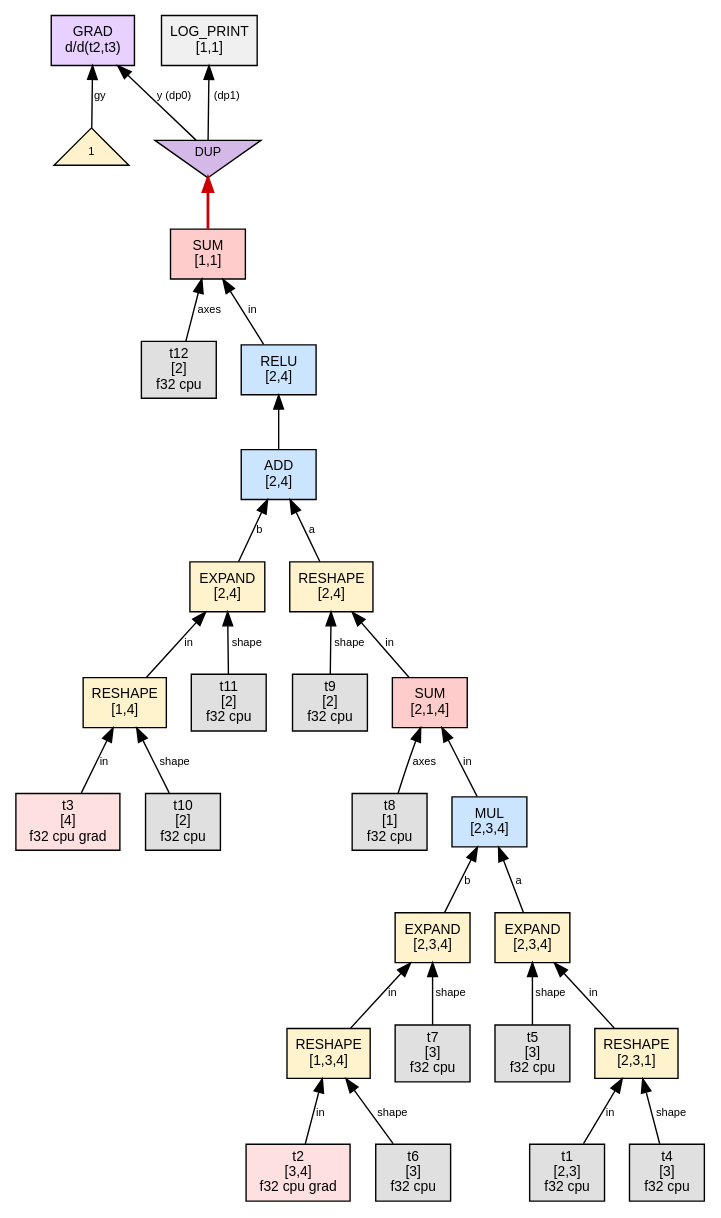
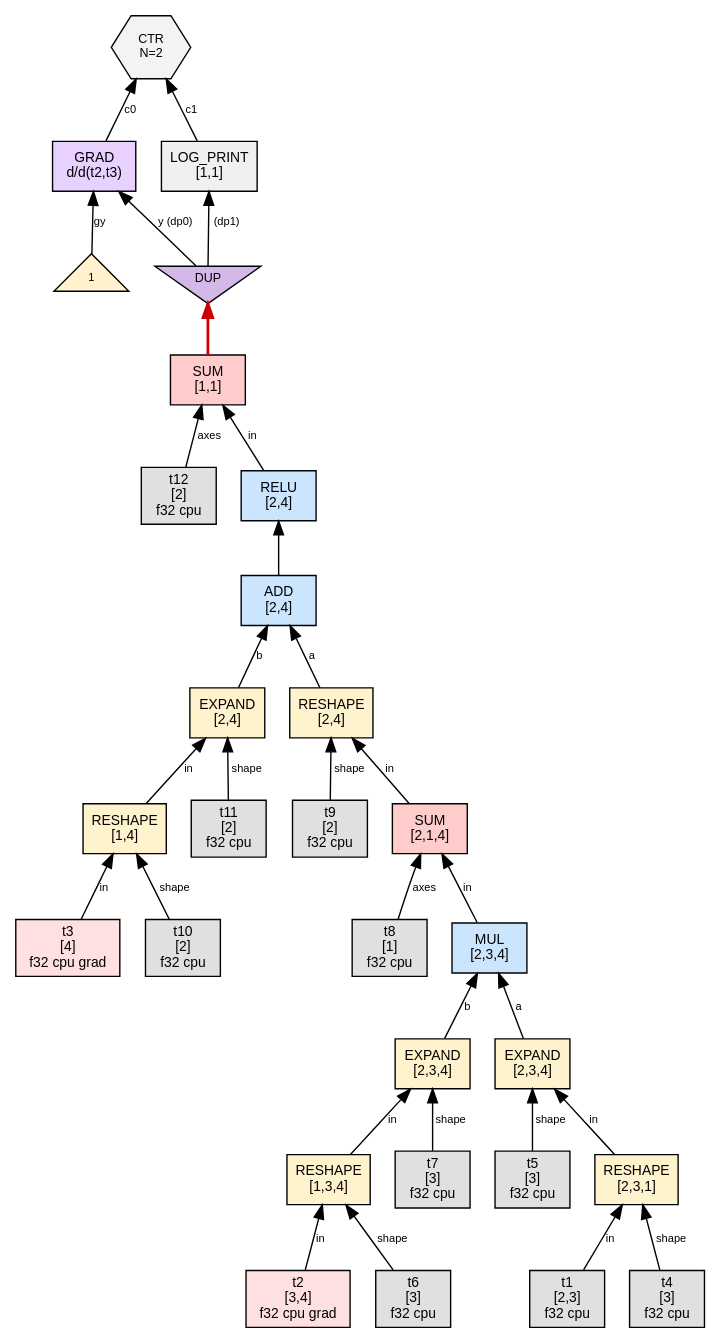
Before and after one commit to sw1sh/TinyHVM: the diagram in phase1_graphs/tiny_linear_bias/step_000_state_init.dot, drawn with Graphviz. The commit also changed 993 other files, not shown here.

First line of the commit message:
test: refresh canonical phase graph archives

```diff
--- a/phase1_graphs/tiny_linear_bias/step_000_state_init.dot
+++ b/phase1_graphs/tiny_linear_bias/step_000_state_init.dot
@@ -1,63 +1,66 @@
 digraph G {
   // PREV_INTERACTION: state_init
   // NEXT_INTERACTION: interact_DP0
   rankdir=BT;
   node [fontname="Helvetica", fontsize=10, style=filled, shape=box, margin="0.1,0.05"];
   edge [fontsize=8, fontname="Helvetica"];
 
   n1 [label="RESHAPE\n[2,3,1]", shape=box, fillcolor="#fff3cd"];
   t1 [label="t1\n[2,3]\nf32 cpu",shape=box,fillcolor="#e0e0e0"];
   t1 -> n1 [label="in"];
   t4 [label="t4\n[3]\nf32 cpu",shape=box,fillcolor="#e0e0e0"];
   t4 -> n1 [label="shape"];
   n9 [label="RESHAPE\n[1,3,4]", shape=box, fillcolor="#fff3cd"];
   t2 [label="t2\n[3,4]\nf32 cpu grad",shape=box,fillcolor="#ffe0e0"];
   t2 -> n9 [label="in"];
   t6 [label="t6\n[3]\nf32 cpu",shape=box,fillcolor="#e0e0e0"];
   t6 -> n9 [label="shape"];
   n5 [label="EXPAND\n[2,3,4]", shape=box, fillcolor="#fff3cd"];
   n1 -> n5 [label="in"];
   t5 [label="t5\n[3]\nf32 cpu",shape=box,fillcolor="#e0e0e0"];
   t5 -> n5 [label="shape"];
   n13 [label="EXPAND\n[2,3,4]", shape=box, fillcolor="#fff3cd"];
   n9 -> n13 [label="in"];
   t7 [label="t7\n[3]\nf32 cpu",shape=box,fillcolor="#e0e0e0"];
   t7 -> n13 [label="shape"];
   n17 [label="MUL\n[2,3,4]", shape=box, fillcolor="#cce5ff"];
   n5 -> n17 [label="a"];
   n13 -> n17 [label="b"];
   n21 [label="SUM\n[2,1,4]", shape=box, fillcolor="#ffcccc"];
   n17 -> n21 [label="in"];
   t8 [label="t8\n[1]\nf32 cpu",shape=box,fillcolor="#e0e0e0"];
   t8 -> n21 [label="axes"];
   n29 [label="RESHAPE\n[1,4]", shape=box, fillcolor="#fff3cd"];
   t3 [label="t3\n[4]\nf32 cpu grad",shape=box,fillcolor="#ffe0e0"];
   t3 -> n29 [label="in"];
   t10 [label="t10\n[2]\nf32 cpu",shape=box,fillcolor="#e0e0e0"];
   t10 -> n29 [label="shape"];
   n25 [label="RESHAPE\n[2,4]", shape=box, fillcolor="#fff3cd"];
   n21 -> n25 [label="in"];
   t9 [label="t9\n[2]\nf32 cpu",shape=box,fillcolor="#e0e0e0"];
   t9 -> n25 [label="shape"];
   n33 [label="EXPAND\n[2,4]", shape=box, fillcolor="#fff3cd"];
   n29 -> n33 [label="in"];
   t11 [label="t11\n[2]\nf32 cpu",shape=box,fillcolor="#e0e0e0"];
   t11 -> n33 [label="shape"];
   n37 [label="ADD\n[2,4]", shape=box, fillcolor="#cce5ff"];
   n25 -> n37 [label="a"];
   n33 -> n37 [label="b"];
   n41 [label="RELU\n[2,4]", shape=box, fillcolor="#cce5ff"];
   n37 -> n41 [label=""];
   n45 [label="SUM\n[1,1]", shape=box, fillcolor="#ffcccc"];
   n41 -> n45 [label="in"];
   t12 [label="t12\n[2]\nf32 cpu",shape=box,fillcolor="#e0e0e0"];
   t12 -> n45 [label="axes"];
-  n51 [label="LOG_PRINT\n[1,1]", shape=box, fillcolor="#f0f0f0"];
+  n49 [label="GRAD\nd/d(t2,t3)", shape=box, fillcolor="#e8d0ff"];
   dup52 [label="DUP", shape=invtriangle, fillcolor="#d4b8e8", fontsize=9, width=0.7, height=0.5];
   n45 -> dup52 [color="#cc0000",penwidth=2.0];
-  dup52 -> n51 [label=" (dp1)"];
-  n49 [label="GRAD\nd/d(t2,t3)", shape=box, fillcolor="#e8d0ff"];
   dup52 -> n49 [label="y (dp0)"];
   num49_1 [label="1",shape=triangle,fillcolor="#fff2cc",fontsize=8];
   num49_1 -> n49 [label="gy"];
+  n51 [label="LOG_PRINT\n[1,1]", shape=box, fillcolor="#f0f0f0"];
+  dup52 -> n51 [label=" (dp1)"];
+  ctr53 [label="CTR\nN=2", shape=hexagon, fillcolor="#f3f3f3", fontsize=9];
+  n49 -> ctr53 [label="c0"];
+  n51 -> ctr53 [label="c1"];
 }
```
